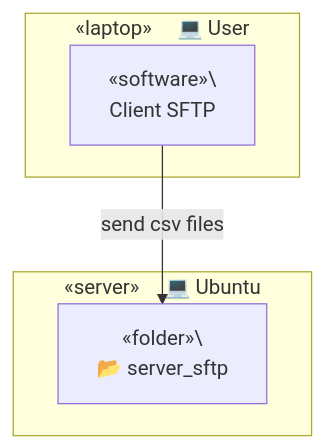
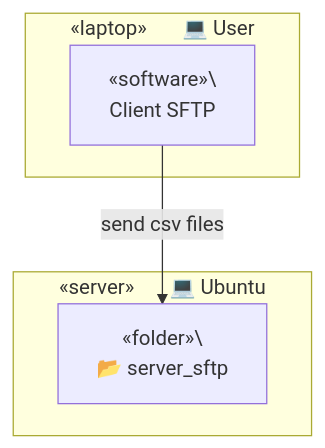
One commit to TrulyDigital/DATA_STREET changed the second of 4 diagrams in server_sftp/README.md. Above: the diagram before and after it, drawn with Mermaid.

Commit message:
update: server_sftp README.md

````diff
--- a/server_sftp/README.md
+++ b/server_sftp/README.md
@@ -14,13 +14,13 @@
 ```mermaid
 graph TD
     
-    subgraph Container_A [«laptop»&nbsp;&nbsp;&nbsp;&nbsp;&nbsp;💻 User]
+    subgraph Container_A [«laptop»&nbsp;&nbsp;&nbsp;&nbsp;&nbsp;&nbsp;&nbsp;💻 User]
         A1[«software»\<br> Client SFTP]
     end
 
-    subgraph Container_B [«server»&nbsp;&nbsp;&nbsp;&nbsp;&nbsp;💻 Ubuntu]
+    subgraph Container_B [«server»&nbsp;&nbsp;&nbsp;&nbsp;&nbsp;&nbsp;&nbsp;💻 Ubuntu]
         B1[«folder»\<br/> 📂 server_sftp]
     end
     
     A1 -- send csv files --> B1
 ```
````
